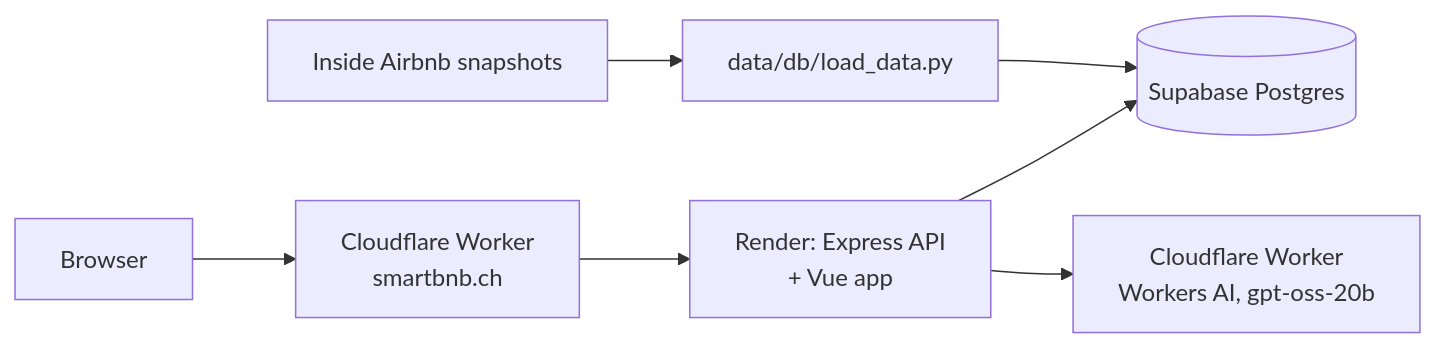
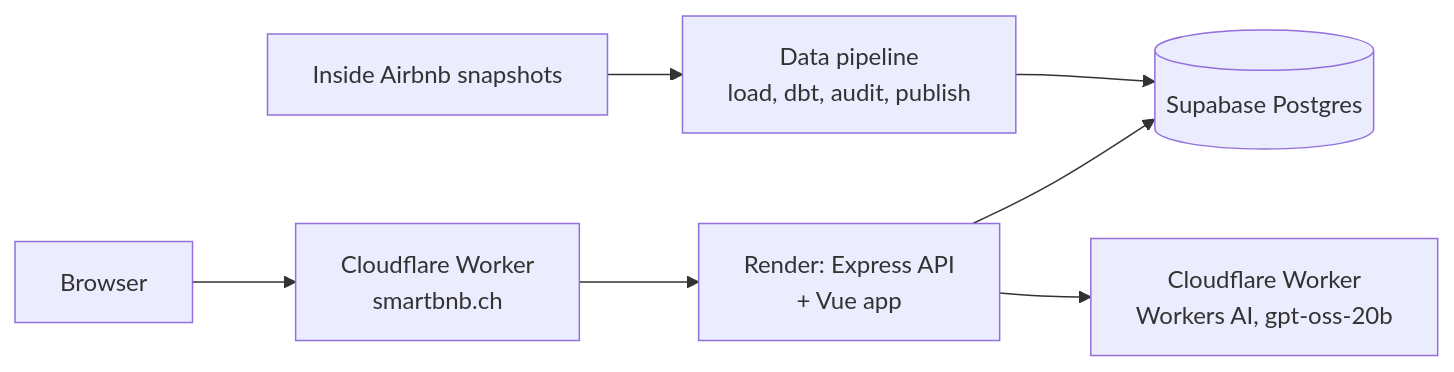
The diagram in README.md (AdamoElProfesor/SmartBnB), drawn with Mermaid before and after one commit. The commit also changed other lines of this file and 9 other files, not shown here.

First line of the commit message:
docs: document the dbt transformations and the new pipeline

````diff
--- a/README.md
+++ b/README.md
@@ -44,9 +44,9 @@
 ```mermaid
 flowchart LR
   user[Browser] --> relay[Cloudflare Worker<br/>smartbnb.ch]
   relay --> app[Render: Express API<br/>+ Vue app]
   app --> db[(Supabase Postgres)]
   app --> ai[Cloudflare Worker<br/>Workers AI, gpt-oss-20b]
-  loader[data/db/load_data.py] --> db
-  insideairbnb[Inside Airbnb snapshots] --> loader
+  pipeline[Data pipeline<br/>load, dbt, audit, publish] --> db
+  insideairbnb[Inside Airbnb snapshots] --> pipeline
 ```
````
